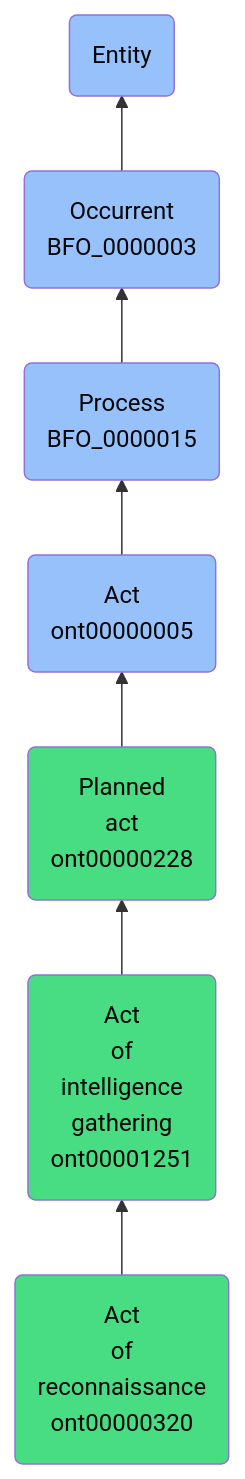
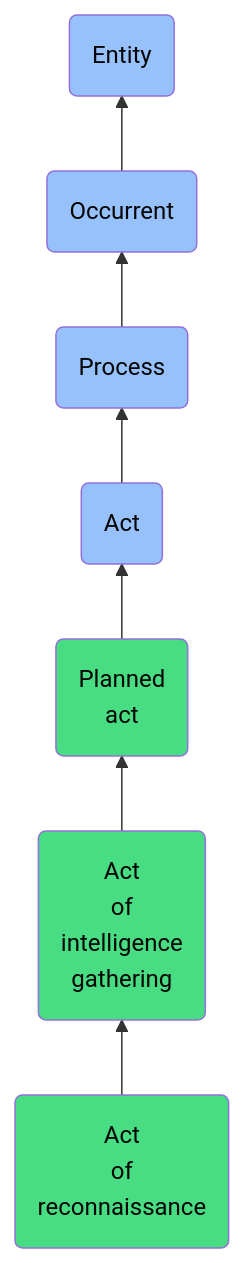
One commit to jupyter-naas/abi changed the diagram in docs/ontology/reference/model/Entity/Occurrent/Process/Act/Planned act/Act of intelligence gathering/Act of reconnaissance/Act of reconnaissance.md. Above: the diagram before and after it, drawn with Mermaid. The commit also changed other lines of this file and 1430 other files, not shown here.

````diff
--- a/docs/ontology/reference/model/Entity/Occurrent/Process/Act/Planned act/Act of intelligence gathering/Act of reconnaissance/Act of reconnaissance.md
+++ b/docs/ontology/reference/model/Entity/Occurrent/Process/Act/Planned act/Act of intelligence gathering/Act of reconnaissance/Act of reconnaissance.md
@@ -24,14 +24,14 @@
 ```mermaid
 graph BT
-    ont00000320(Act<br>of<br>reconnaissance<br>ont00000320):::ABI-->ont00001251
-    ont00001251(Act<br>of<br>intelligence<br>gathering<br>ont00001251):::ABI-->ont00000228
-    ont00000228(Planned<br>act<br>ont00000228):::ABI-->ont00000005
-    ont00000005(Act<br>ont00000005):::BFO-->BFO_0000015
-    BFO_0000015(Process<br>BFO_0000015):::BFO-->BFO_0000003
-    BFO_0000003(Occurrent<br>BFO_0000003):::BFO-->BFO_0000001
+    ont00000320(Act<br>of<br>reconnaissance):::ABI-->ont00001251
+    ont00001251(Act<br>of<br>intelligence<br>gathering):::ABI-->ont00000228
+    ont00000228(Planned<br>act):::ABI-->ont00000005
+    ont00000005(Act):::BFO-->BFO_0000015
+    BFO_0000015(Process):::BFO-->BFO_0000003
+    BFO_0000003(Occurrent):::BFO-->BFO_0000001
     BFO_0000001(Entity):::BFO
     
     classDef BFO fill:#97c1fb,color:#060606
     classDef CCO fill:#e4c51e,color:#060606
     classDef ABI fill:#48DD82,color:#060606
 ```
````
